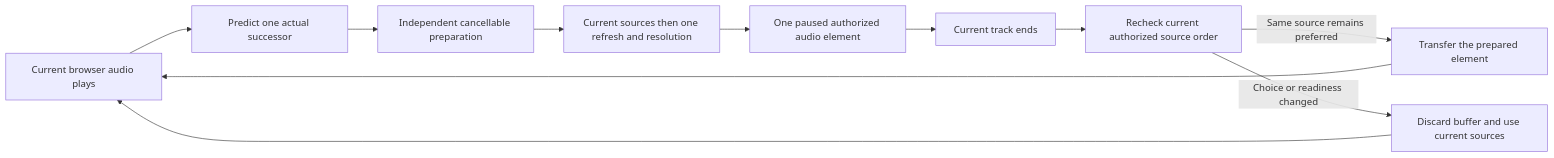
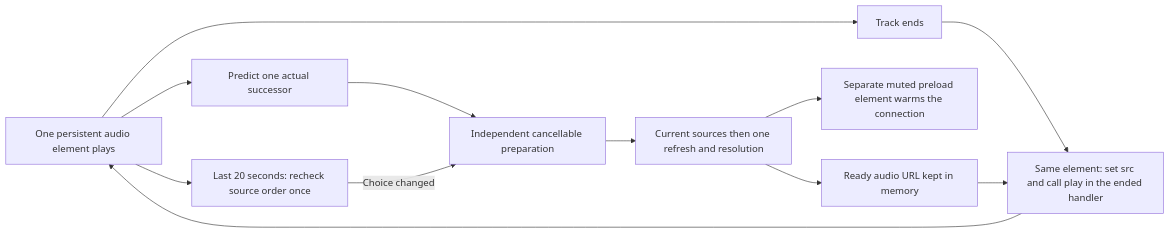
One commit to acidiney/hitoapp changed the diagram in docs/next-entry-preparation.md. Above: the diagram before and after it, drawn with Mermaid. The commit also changed other lines of this file and 1 other file, not shown here.

````diff
--- a/docs/next-entry-preparation.md
+++ b/docs/next-entry-preparation.md
@@ -9,13 +9,14 @@
 ```mermaid
 flowchart LR
-  Current[Current browser audio plays] --> Successor[Predict one actual successor]
+  Current[One persistent audio element plays] --> Successor[Predict one actual successor]
   Successor --> Owner[Independent cancellable preparation]
   Owner --> Sources[Current sources then one refresh and resolution]
-  Sources --> Buffer[One paused authorized audio element]
-  Buffer --> Boundary[Current track ends]
-  Boundary --> Check[Recheck current authorized source order]
-  Check -->|Same source remains preferred| Adopt[Transfer the prepared element]
-  Check -->|Choice or readiness changed| Fresh[Discard buffer and use current sources]
-  Adopt --> Current
-  Fresh --> Current
+  Sources --> Url[Ready audio URL kept in memory]
+  Sources --> Warm[Separate muted preload element warms the connection]
+  Current --> Recheck[Last 20 seconds: recheck source order once]
+  Recheck -->|Choice changed| Owner
+  Current --> Ended[Track ends]
+  Ended --> Swap[Same element: set src and call play in the ended handler]
+  Url --> Swap
+  Swap --> Current
 ```
````
